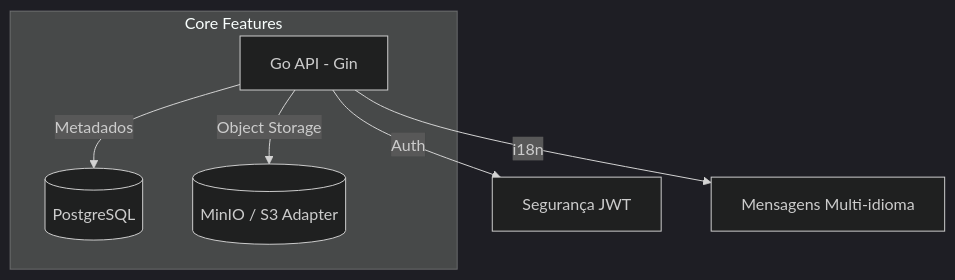
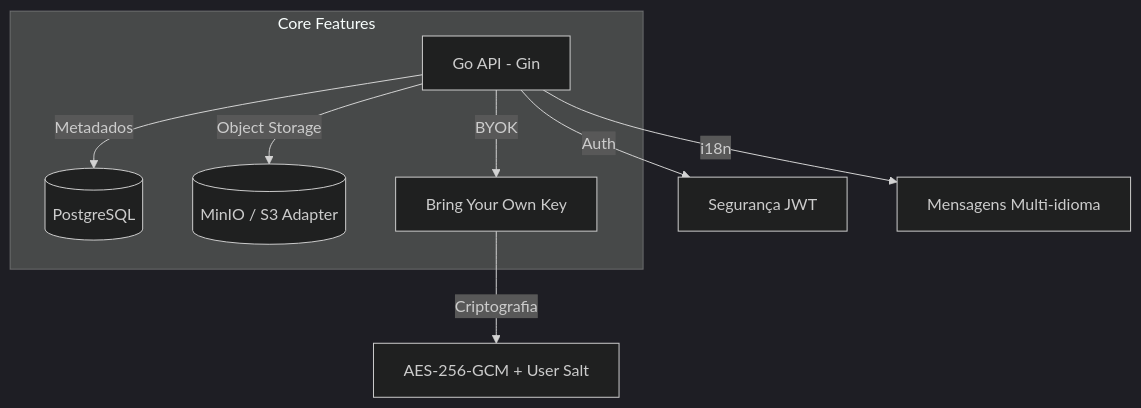
The second of 2 diagrams in README.md (EduardoMG12/ThingIndex), drawn with Mermaid (dark theme) before and after one commit. The commit also changed other lines of this file and 3 other files, not shown here.

Commit message:
feat: Implement BYOK with AES-256-GCM and user-specific key derivation for enhanced credential encryption.

````diff
--- a/README.md
+++ b/README.md
@@ -72,13 +80,16 @@
 ```mermaid
 graph TD
     API[Go API - Gin] -->|Metadados| DB[(PostgreSQL)]
     API -->|Object Storage| MINIO[(MinIO / S3 Adapter)]
     API -->|Auth| JWT[Segurança JWT]
     API -->|i18n| I18N[Mensagens Multi-idioma]
+    API -->|BYOK| BYOK[Bring Your Own Key]
+    BYOK -->|Criptografia| AES[AES-256-GCM + User Salt]
     
     subgraph Core Features
     API
     DB
     MINIO
+    BYOK
     end
 ```
````
